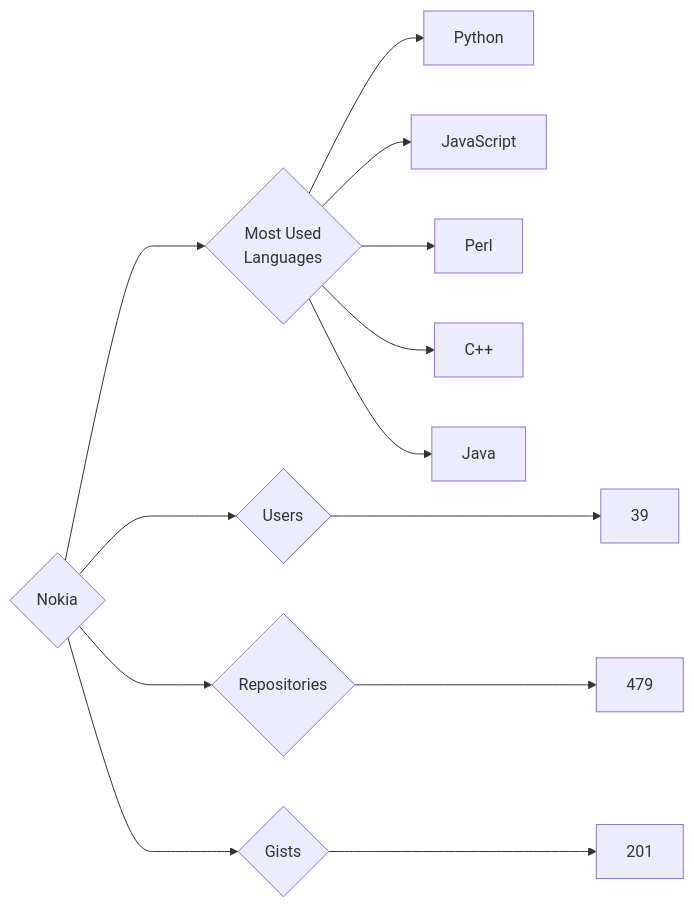
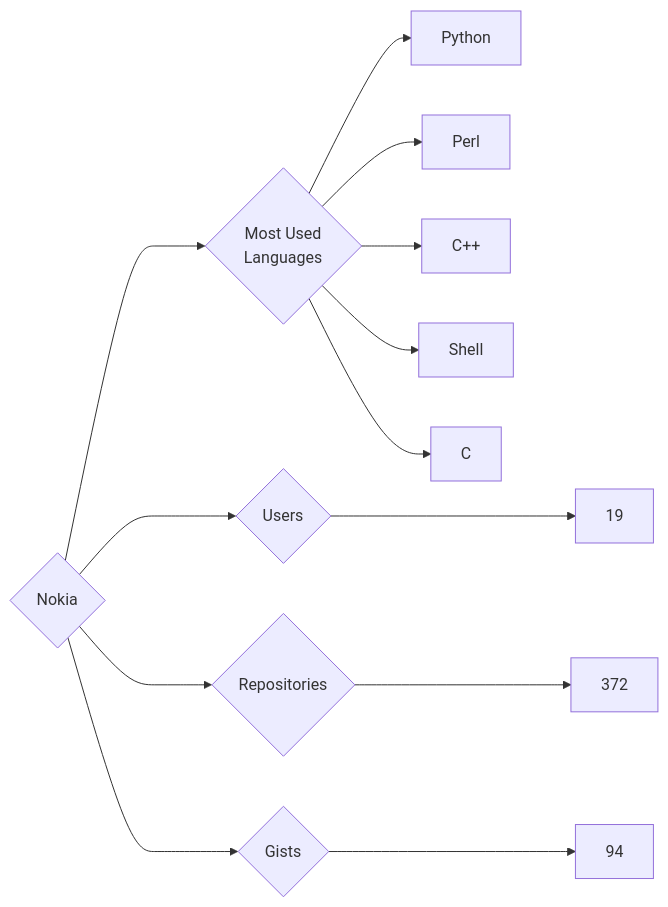
The diagram in targets/Nokia/README.md (trickest/insiders), drawn with Mermaid before and after one commit. The commit also changed 928 other files, not shown here.

````diff
--- a/targets/Nokia/README.md
+++ b/targets/Nokia/README.md
@@ -3,13 +3,13 @@
 ```mermaid
 graph LR
 COMPANY_NAME{Nokia}
-COMPANY_NAME ---> U{Users} ---> UN[39]
-COMPANY_NAME ---> R{Repositories} ---> RN[479]
-COMPANY_NAME ---> G{Gists} ---> GN[201]
+COMPANY_NAME ---> U{Users} ---> UN[19]
+COMPANY_NAME ---> R{Repositories} ---> RN[372]
+COMPANY_NAME ---> G{Gists} ---> GN[94]
 COMPANY_NAME ---> ML{Most Used<br>Languages}
 ML --> Python[Python]
-ML --> JavaScript[JavaScript]
 ML --> Perl[Perl]
 ML --> C++[C++]
-ML --> Java[Java]
+ML --> Shell[Shell]
+ML --> C[C]
 ```
````
